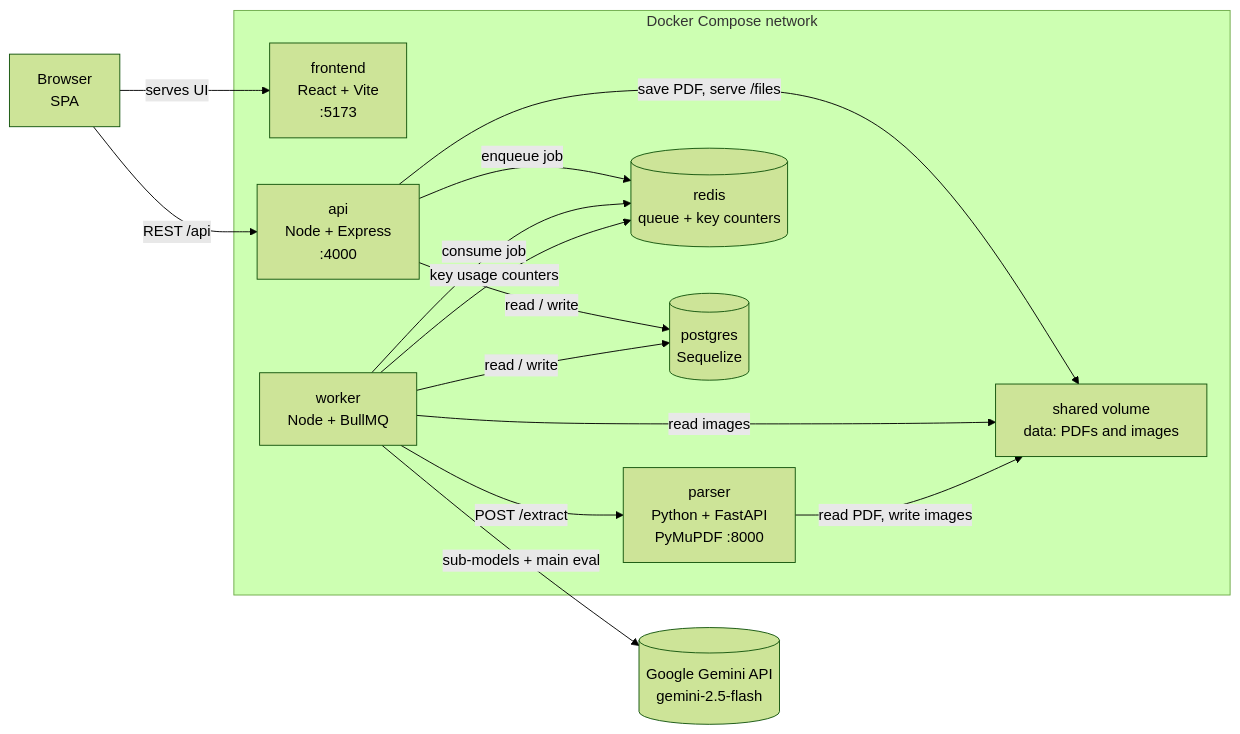
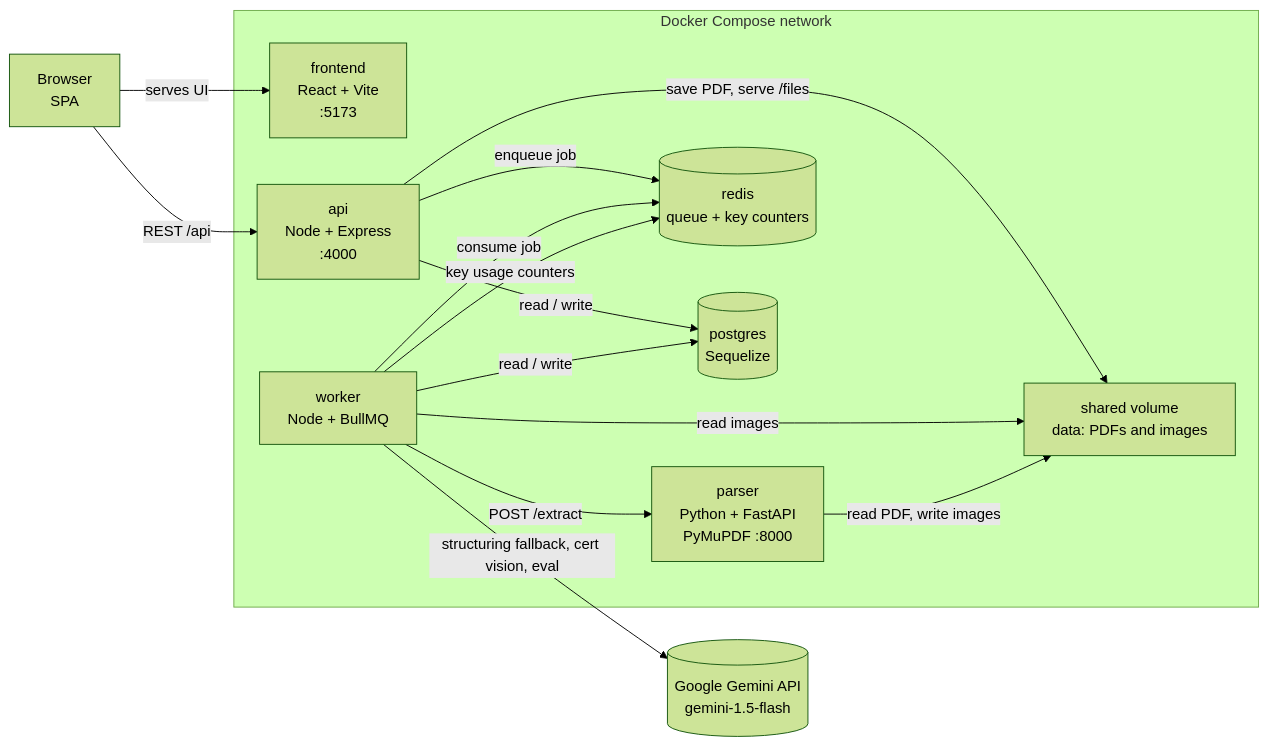
Before and after one commit to Lalit-001/ats-scorer: the first of 5 diagrams in docs/ARCHITECTURE.md, drawn with Mermaid (forest theme). The commit also changed other lines of this file, not shown here.

Commit message:
docs: update architecture for the deterministic-first pipeline

````diff
--- a/docs/ARCHITECTURE.md
+++ b/docs/ARCHITECTURE.md
@@ -13,32 +18,32 @@
 ```mermaid
 flowchart LR
   B["Browser<br/>SPA"]
 
   subgraph compose["Docker Compose network"]
     FE["frontend<br/>React + Vite<br/>:5173"]
     API["api<br/>Node + Express<br/>:4000"]
     WK["worker<br/>Node + BullMQ"]
     PR["parser<br/>Python + FastAPI<br/>PyMuPDF :8000"]
     RD[("redis<br/>queue + key counters")]
     DB[("postgres<br/>Sequelize")]
     VOL["shared volume<br/>data: PDFs and images"]
   end
 
-  GEM[("Google Gemini API<br/>gemini-2.5-flash")]
+  GEM[("Google Gemini API<br/>gemini-1.5-flash")]
 
   B -->|"serves UI"| FE
   B -->|"REST /api"| API
 
   API -->|"enqueue job"| RD
   API -->|"read / write"| DB
   API -->|"save PDF, serve /files"| VOL
 
   WK -->|"consume job"| RD
   WK -->|"key usage counters"| RD
   WK -->|"POST /extract"| PR
   WK -->|"read / write"| DB
   WK -->|"read images"| VOL
-  WK -->|"sub-models + main eval"| GEM
+  WK -->|"structuring fallback, cert vision, eval"| GEM
 
   PR -->|"read PDF, write images"| VOL
 ```
````
